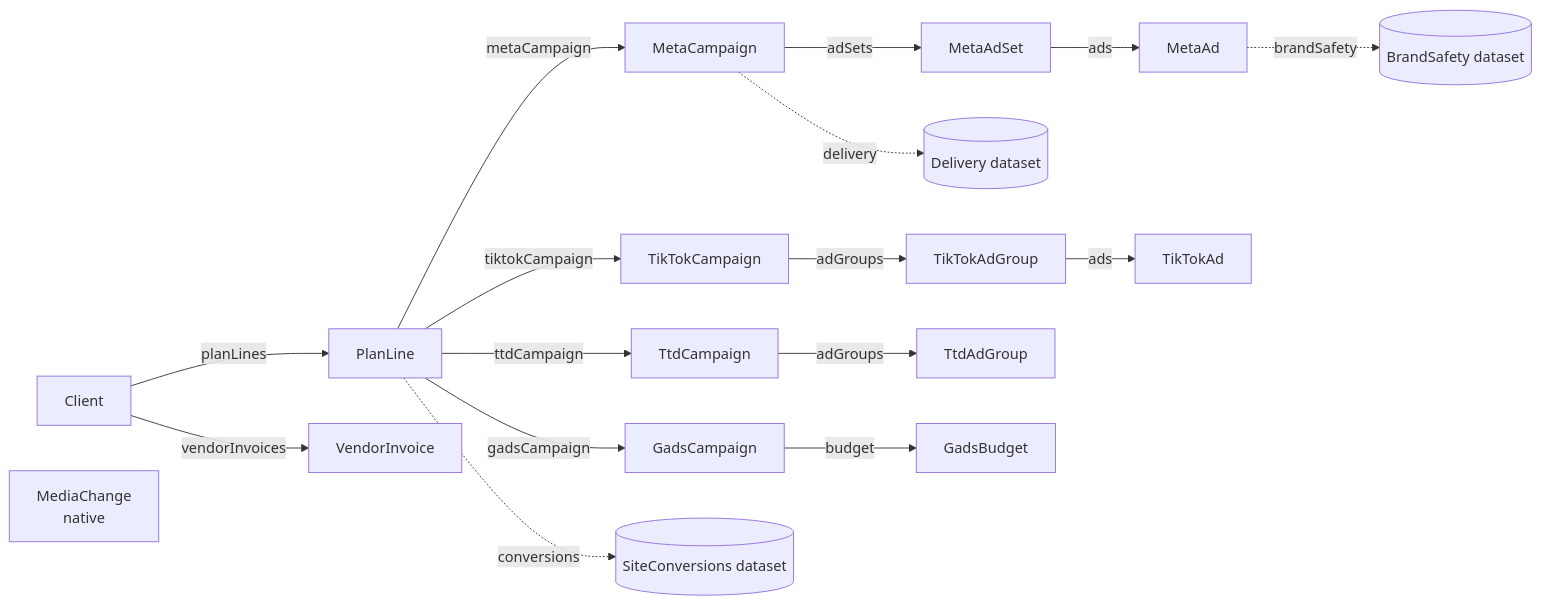
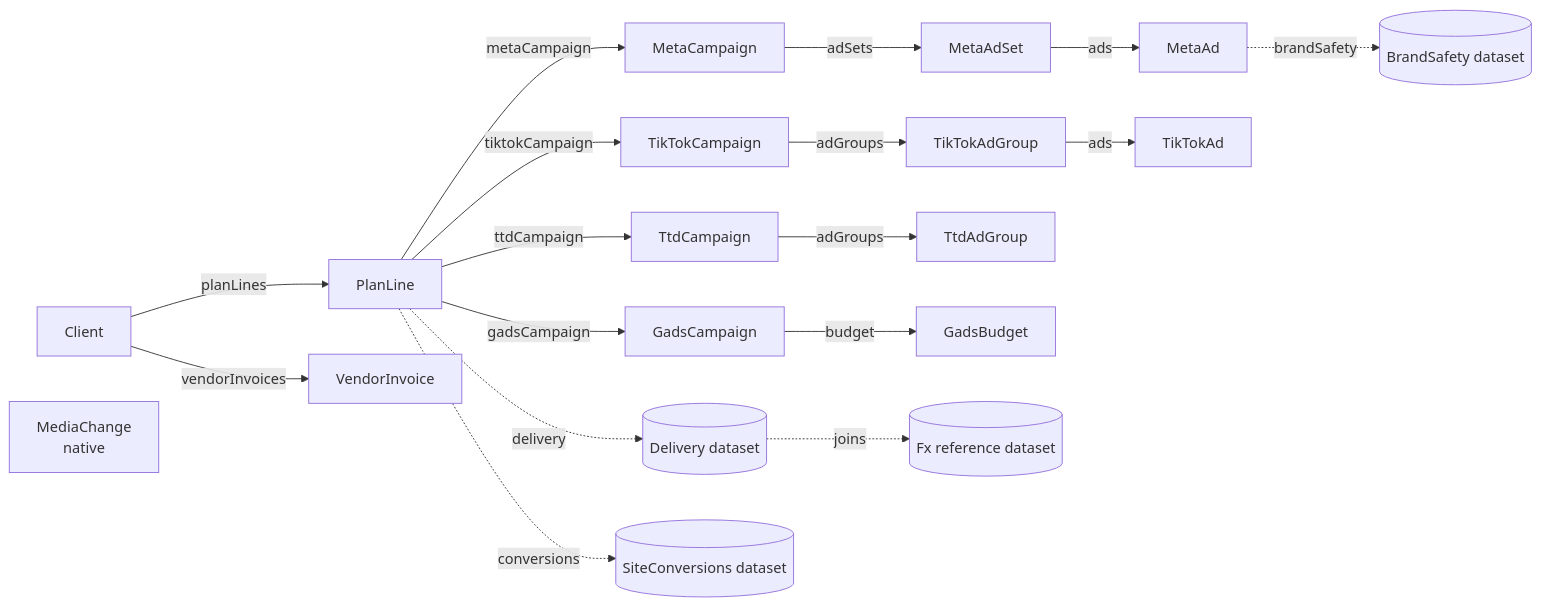
One commit to relatehq/relate changed the third of 5 diagrams in specs/2026-10-23-media-agency-benchmark.md. Above: the diagram before and after it, drawn with Mermaid. The commit also changed other lines of this file and 4 other files, not shown here.

````diff
--- a/specs/2026-10-23-media-agency-benchmark.md
+++ b/specs/2026-10-23-media-agency-benchmark.md
@@ -455,17 +489,18 @@
 ```mermaid
 flowchart LR
   Client -- planLines --> PlanLine
   PlanLine -- metaCampaign --> MetaCampaign
   PlanLine -- tiktokCampaign --> TikTokCampaign
   PlanLine -- ttdCampaign --> TtdCampaign
   PlanLine -- gadsCampaign --> GadsCampaign
   MetaCampaign -- adSets --> MetaAdSet -- ads --> MetaAd
   TikTokCampaign -- adGroups --> TikTokAdGroup -- ads --> TikTokAd
   TtdCampaign -- adGroups --> TtdAdGroup
   GadsCampaign -- budget --> GadsBudget
   Client -- vendorInvoices --> VendorInvoice
   MediaChange[MediaChange<br/>native]
-  MetaCampaign -. delivery .-> Delivery[(Delivery dataset)]
+  PlanLine -. delivery .-> Delivery[(Delivery dataset)]
+  Delivery -. joins .-> Fx[(Fx reference dataset)]
   MetaAd -. brandSafety .-> BS[(BrandSafety dataset)]
   PlanLine -. conversions .-> Conv[(SiteConversions dataset)]
 ```
````
